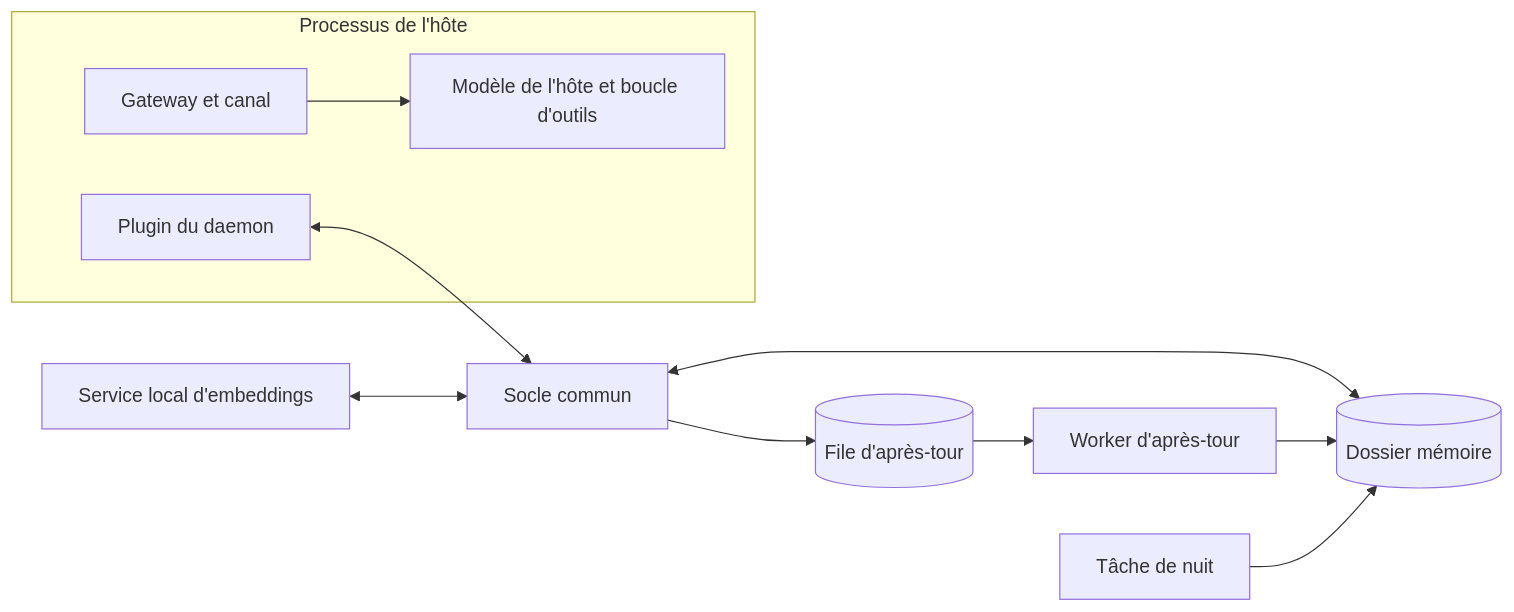
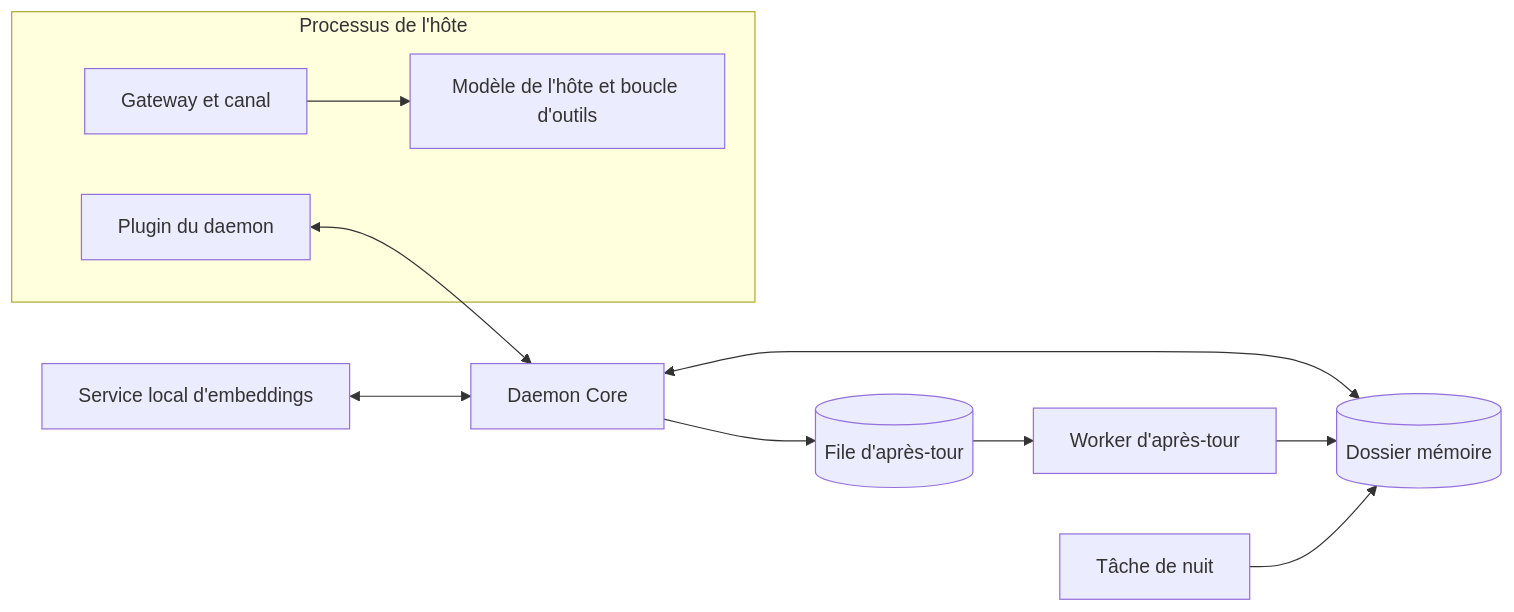
The diagram in docs/architecture.fr.md (jpacifico/daemon-harness), drawn with Mermaid before and after one commit. The commit also changed other lines of this file and 3 other files, not shown here.

Commit message:
docs: name the engine Daemon Core in the architecture

````diff
--- a/docs/architecture.fr.md
+++ b/docs/architecture.fr.md
@@ -56,14 +57,14 @@
 ```mermaid
 flowchart LR
     subgraph Host["Processus de l'hôte"]
         G[Gateway et canal] --> L[Modèle de l'hôte et boucle d'outils]
         P[Plugin du daemon]
     end
-    P <--> C[Socle commun]
+    P <--> C[Daemon Core]
     C <--> M[(Dossier mémoire)]
     C --> Q[(File d'après-tour)]
     Q --> W[Worker d'après-tour]
     W --> M
     N[Tâche de nuit] --> M
     E[Service local d'embeddings] <--> C
 ```
````
